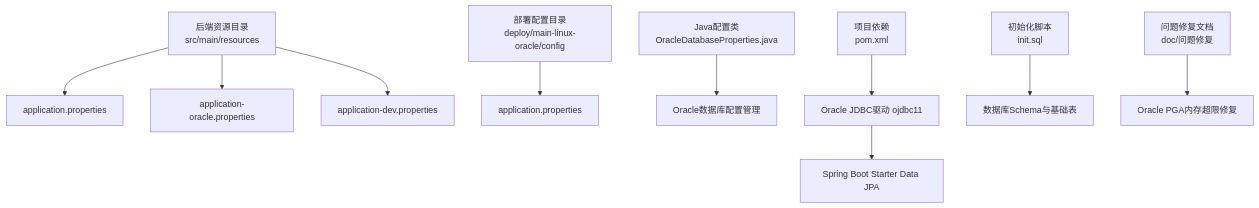
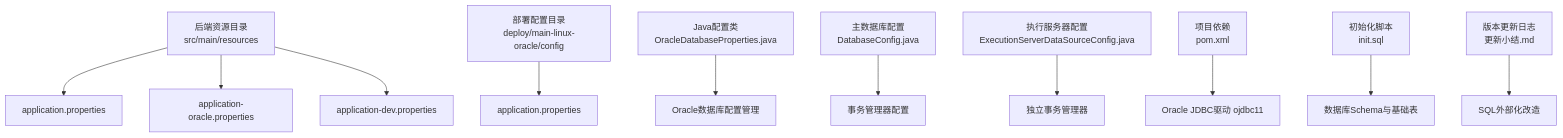
One commit to liuzh2008/med_ai_assistant_workspace changed the first of 3 diagrams in .qoder/repowiki/zh/content/配置管理/数据库配置.md. Above: the diagram before and after it, drawn with Mermaid. The commit also changed other lines of this file and 4 other files, not shown here.

````diff
--- a/.qoder/repowiki/zh/content/配置管理/数据库配置.md
+++ b/.qoder/repowiki/zh/content/配置管理/数据库配置.md
@@ -61,12 +66,13 @@
 ```mermaid
 graph TB
 A["后端资源目录<br/>src/main/resources"] --> B["application.properties"]
 A --> C["application-oracle.properties"]
 A --> D["application-dev.properties"]
 E["部署配置目录<br/>deploy/main-linux-oracle/config"] --> F["application.properties"]
 G["Java配置类<br/>OracleDatabaseProperties.java"] --> H["Oracle数据库配置管理"]
-I["项目依赖<br/>pom.xml"] --> J["Oracle JDBC驱动 ojdbc11"]
-J --> K["Spring Boot Starter Data JPA"]
-L["初始化脚本<br/>init.sql"] --> M["数据库Schema与基础表"]
-N["问题修复文档<br/>doc/问题修复"] --> O["Oracle PGA内存超限修复"]
+I["主数据库配置<br/>DatabaseConfig.java"] --> J["事务管理器配置"]
+K["执行服务器配置<br/>ExecutionServerDataSourceConfig.java"] --> L["独立事务管理器"]
+M["项目依赖<br/>pom.xml"] --> N["Oracle JDBC驱动 ojdbc11"]
+O["初始化脚本<br/>init.sql"] --> P["数据库Schema与基础表"]
+Q["版本更新日志<br/>更新小结.md"] --> R["SQL外部化改造"]
 ```
````
